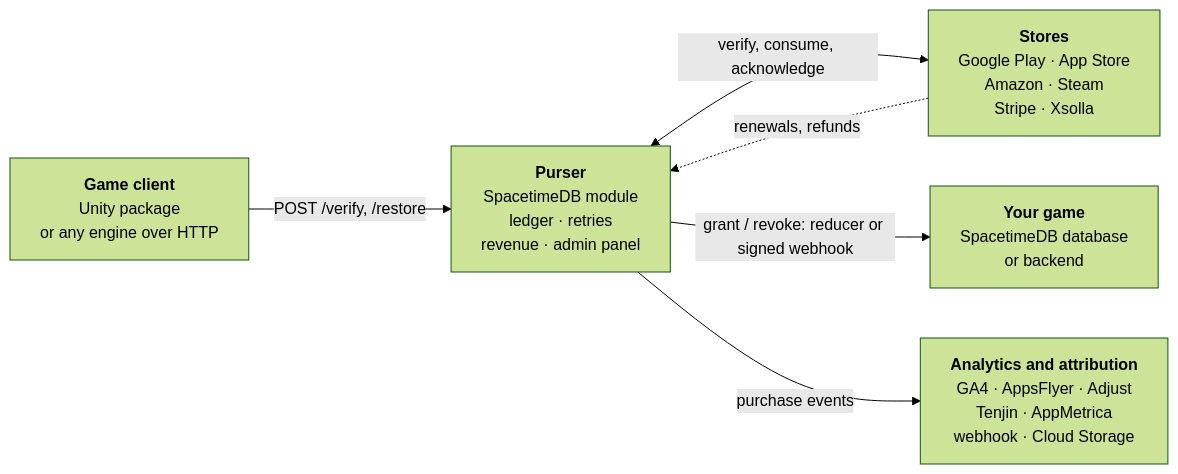
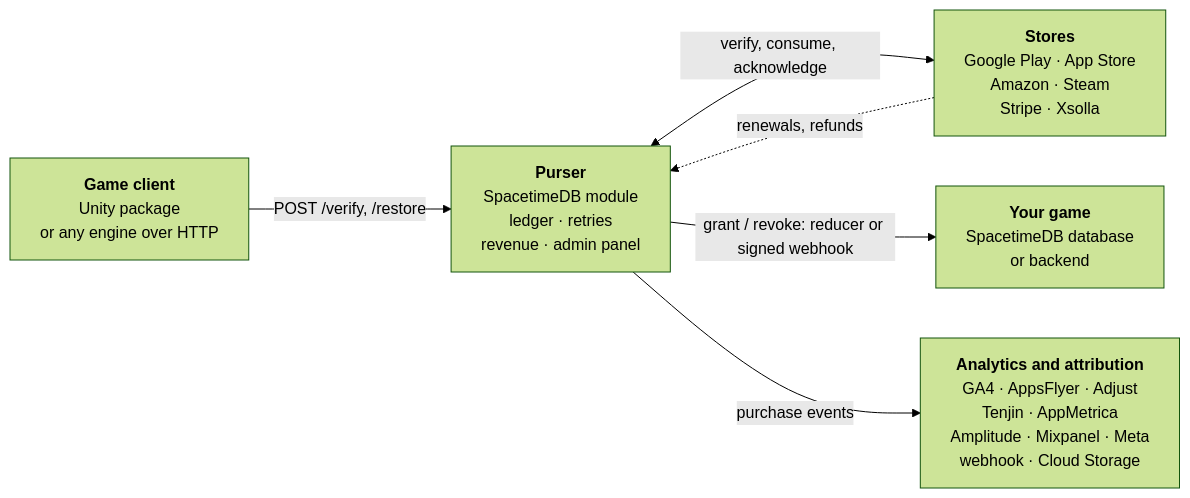
The diagram in README.md (yevhenii-sir/purser), drawn with Mermaid (forest theme) before and after one commit. The commit also changed other lines of this file and 8 other files, not shown here.

Commit message:
Docs and changelogs for the Amplitude, Mixpanel and Meta integrations

````diff
--- a/README.md
+++ b/README.md
@@ -12,14 +12,14 @@
 ```mermaid
 flowchart LR
     client["<b>Game client</b><br/>Unity package<br/>or any engine over HTTP"]
     purser["<b>Purser</b><br/>SpacetimeDB module<br/>ledger · retries<br/>revenue · admin panel"]
     stores["<b>Stores</b><br/>Google Play · App Store<br/>Amazon · Steam<br/>Stripe · Xsolla"]
     game["<b>Your game</b><br/>SpacetimeDB database<br/>or backend"]
-    tools["<b>Analytics and attribution</b><br/>GA4 · AppsFlyer · Adjust<br/>Tenjin · AppMetrica<br/>webhook · Cloud Storage"]
+    tools["<b>Analytics and attribution</b><br/>GA4 · AppsFlyer · Adjust<br/>Tenjin · AppMetrica<br/>Amplitude · Mixpanel · Meta<br/>webhook · Cloud Storage"]
 
     client -->|"POST /verify, /restore"| purser
     purser <-->|"verify, consume, acknowledge"| stores
     stores -.->|"renewals, refunds"| purser
     purser -->|"grant / revoke: reducer or signed webhook"| game
     purser -->|"purchase events"| tools
 ```
````
